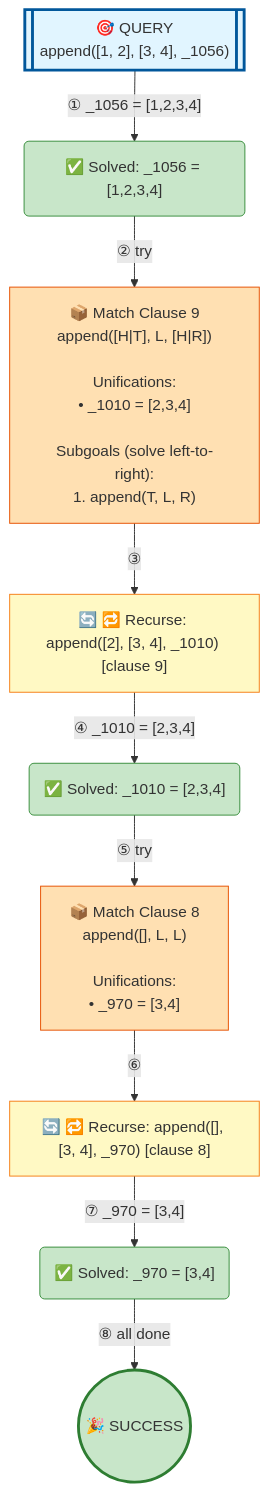
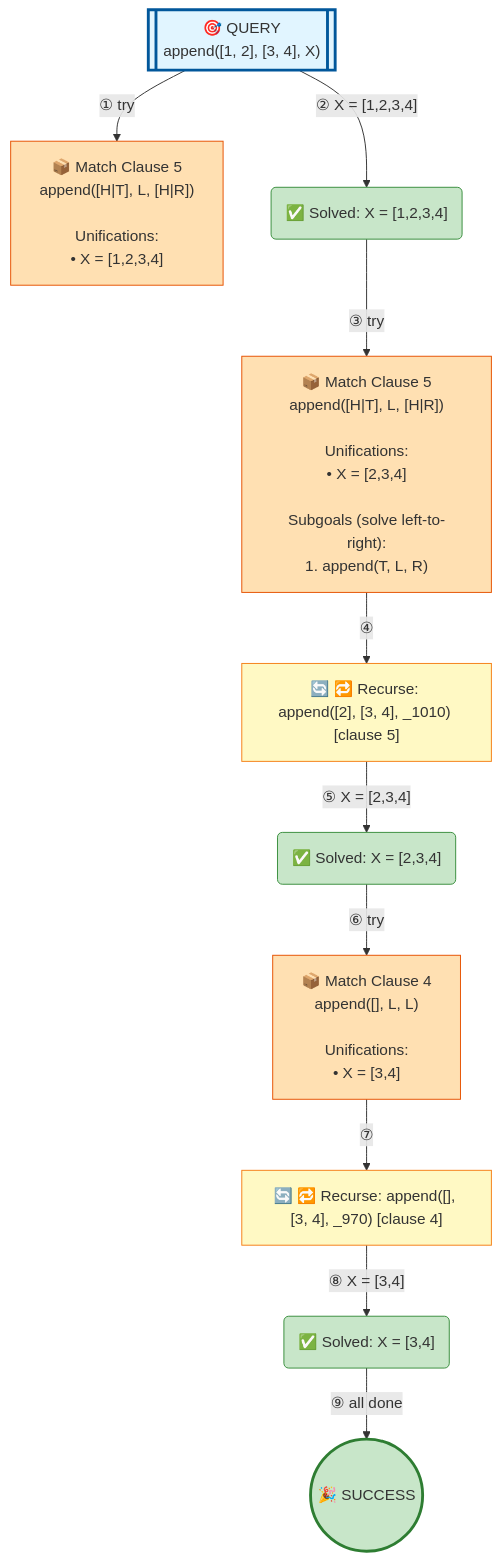
One commit to jarecsni/prolog-trace-viz changed the diagram in examples/append-detailed.md. Above: the diagram before and after it, drawn with Mermaid. The commit also changed other lines of this file and 26 other files, not shown here.

````diff
--- a/examples/append-detailed.md
+++ b/examples/append-detailed.md
@@ -16,35 +16,38 @@
 ```mermaid
 graph TD
 
 %% Nodes
-A[["🎯 QUERY<br/>append([1, 2], [3, 4], _1056)"]]
-B("✅ Solved: _1056 = [1,2,3,4]")
-C["🔄 🔁 Recurse: append([2], [3, 4], _1010) [clause 9]"]
-D["📦 Match Clause 9<br/>append([H|T], L, [H|R])<br/><br/>Unifications:<br/>• _1010 = [2,3,4]<br/><br/>Subgoals (solve left-to-right):<br/>1. append(T, L, R)"]
-E("✅ Solved: _1010 = [2,3,4]")
-F["🔄 🔁 Recurse: append([], [3, 4], _970) [clause 8]"]
-G["📦 Match Clause 8<br/>append([], L, L)<br/><br/>Unifications:<br/>• _970 = [3,4]"]
-H("✅ Solved: _970 = [3,4]")
-I(("🎉 SUCCESS"))
+A[["🎯 QUERY<br/>append([1, 2], [3, 4], X)"]]
+B["📦 Match Clause 5<br/>append([H|T], L, [H|R])<br/><br/>Unifications:<br/>• X = [1,2,3,4]"]
+C("✅ Solved: X = [1,2,3,4]")
+D["🔄 🔁 Recurse: append([2], [3, 4], _1010) [clause 5]"]
+E["📦 Match Clause 5<br/>append([H|T], L, [H|R])<br/><br/>Unifications:<br/>• X = [2,3,4]<br/><br/>Subgoals (solve left-to-right):<br/>1. append(T, L, R)"]
+F("✅ Solved: X = [2,3,4]")
+G["🔄 🔁 Recurse: append([], [3, 4], _970) [clause 4]"]
+H["📦 Match Clause 4<br/>append([], L, L)<br/><br/>Unifications:<br/>• X = [3,4]"]
+I("✅ Solved: X = [3,4]")
+J(("🎉 SUCCESS"))
 
 %% Edges
-A -->|"① _1056 = [1,2,3,4]"| B
-B -->|"② try"| D
-D -->|"③"| C
-C -->|"④ _1010 = [2,3,4]"| E
-E -->|"⑤ try"| G
-G -->|"⑥"| F
-F -->|"⑦ _970 = [3,4]"| H
-H -->|"⑧ all done"| I
+A -->|"① try"| B
+A -->|"② X = [1,2,3,4]"| C
+C -->|"③ try"| E
+E -->|"④"| D
+D -->|"⑤ X = [2,3,4]"| F
+F -->|"⑥ try"| H
+H -->|"⑦"| G
+G -->|"⑧ X = [3,4]"| I
+I -->|"⑨ all done"| J
 
 %% Styles
 style A fill:#e1f5ff,stroke:#01579b,stroke-width:3px
-style B fill:#c8e6c9,stroke:#388e3c
-style C fill:#fff9c4,stroke:#f57f17
-style D fill:#ffe0b2,stroke:#e65100
-style E fill:#c8e6c9,stroke:#388e3c
-style F fill:#fff9c4,stroke:#f57f17
-style G fill:#ffe0b2,stroke:#e65100
-style H fill:#c8e6c9,stroke:#388e3c
-style I fill:#c8e6c9,stroke:#2e7d32,stroke-width:3px
+style B fill:#ffe0b2,stroke:#e65100
+style C fill:#c8e6c9,stroke:#388e3c
+style D fill:#fff9c4,stroke:#f57f17
+style E fill:#ffe0b2,stroke:#e65100
+style F fill:#c8e6c9,stroke:#388e3c
+style G fill:#fff9c4,stroke:#f57f17
+style H fill:#ffe0b2,stroke:#e65100
+style I fill:#c8e6c9,stroke:#388e3c
+style J fill:#c8e6c9,stroke:#2e7d32,stroke-width:3px
 ```
````
